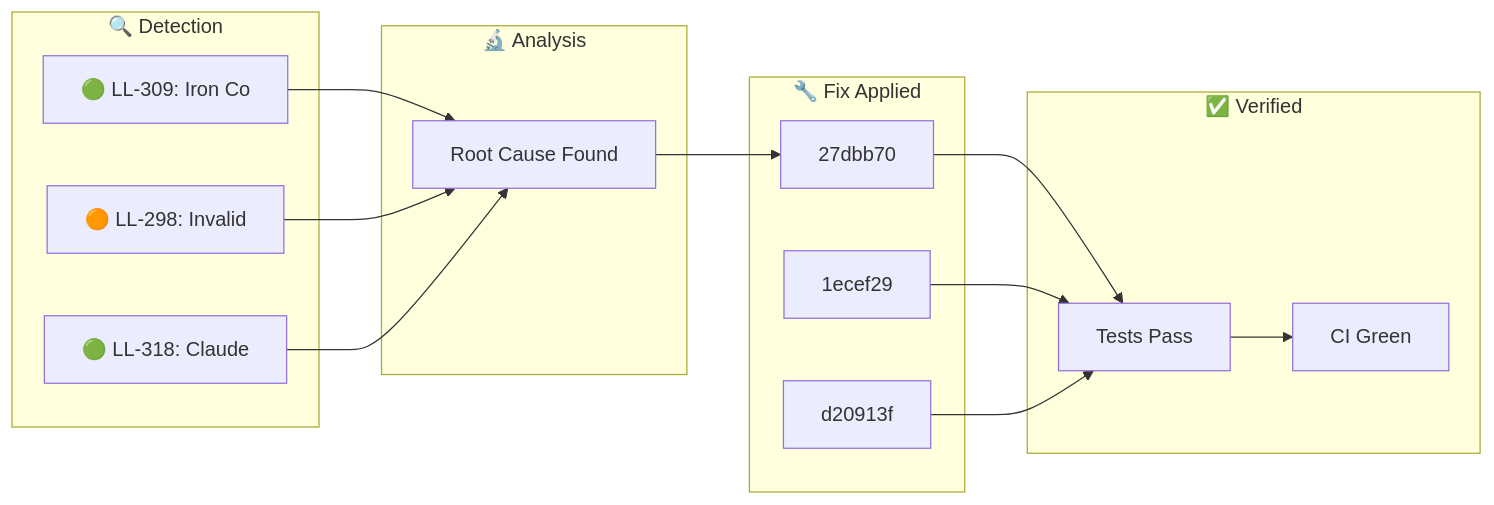
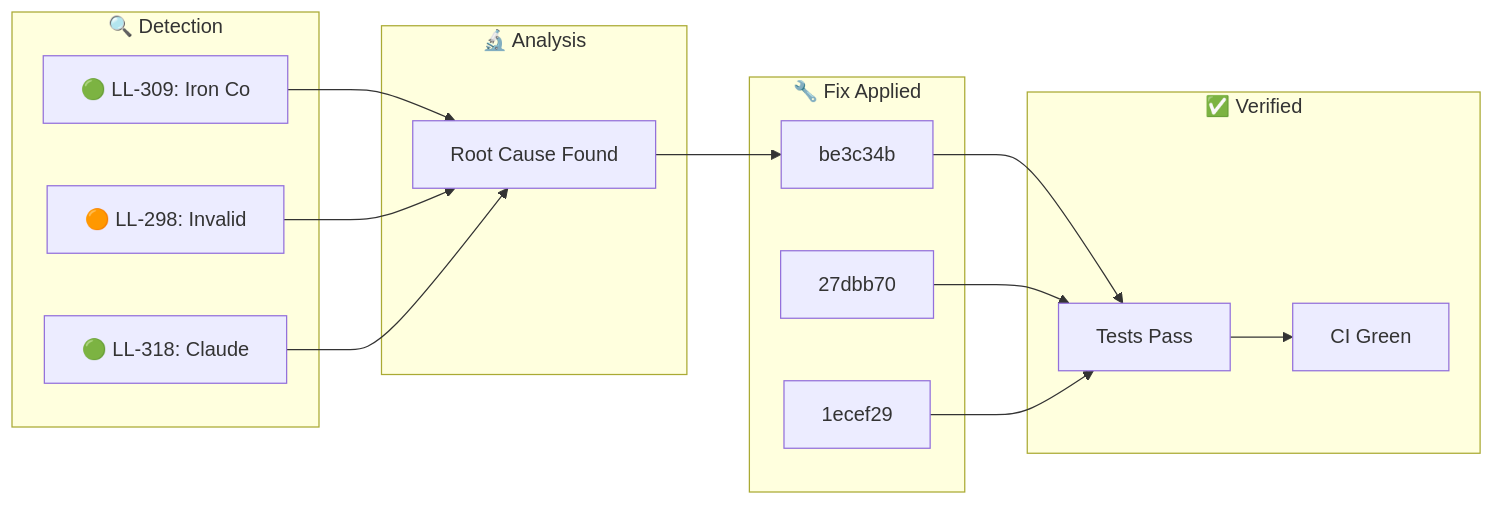
One commit to YoByron/trading changed the diagram in docs/_posts/2026-01-31-ralph-discovery.md. Above: the diagram before and after it, drawn with Mermaid. The commit also changed other lines of this file, not shown here.

Commit message:
docs(ralph): Auto-publish discovery blog post

````diff
--- a/docs/_posts/2026-01-31-ralph-discovery.md
+++ b/docs/_posts/2026-01-31-ralph-discovery.md
@@ -17,28 +17,28 @@
 ```mermaid
 flowchart LR
     subgraph Detection["🔍 Detection"]
         D1["🟢 LL-309: Iron Co"]
         D2["🟠 LL-298: Invalid"]
         D3["🟢 LL-318: Claude "]
     end
     subgraph Analysis["🔬 Analysis"]
         A1["Root Cause Found"]
     end
     subgraph Fix["🔧 Fix Applied"]
-        F1["27dbb70"]
-        F2["1ecef29"]
-        F3["d20913f"]
+        F1["be3c34b"]
+        F2["27dbb70"]
+        F3["1ecef29"]
     end
     subgraph Verify["✅ Verified"]
         V1["Tests Pass"]
         V2["CI Green"]
     end
     D1 --> A1
     D2 --> A1
     D3 --> A1
     A1 --> F1
     F1 --> V1
     F2 --> V1
     F3 --> V1
     V1 --> V2
 ```
````
